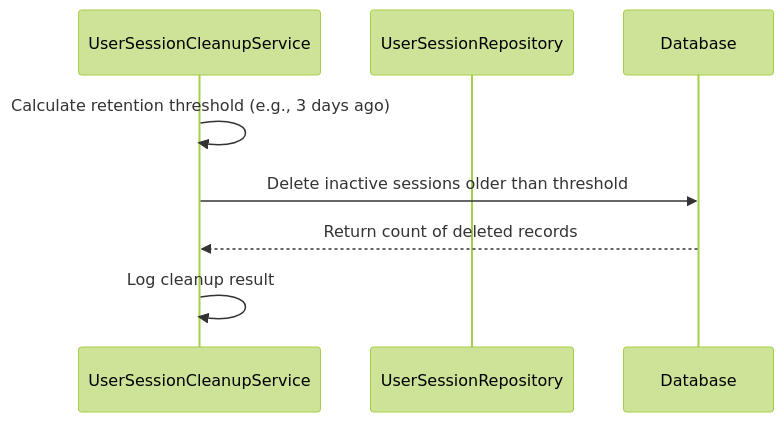
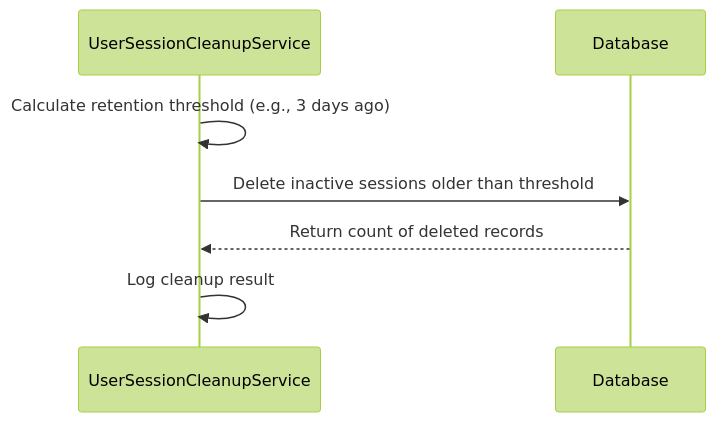
One commit to rsrini7/Notification-SSE-GLM-Flux changed the third of 6 diagrams in docs/10_scheduler_flow.md. Above: the diagram before and after it, drawn with Mermaid (forest theme). The commit also changed 6 other files, not shown here.

````diff
--- a/docs/10_scheduler_flow.md
+++ b/docs/10_scheduler_flow.md
@@ -80,11 +80,10 @@
 ```mermaid
 sequenceDiagram
     participant USCS as UserSessionCleanupService
-    participant USR as UserSessionRepository
     participant DB as Database
 
     USCS->>USCS: Calculate retention threshold (e.g., 3 days ago)
     USCS->>DB: Delete inactive sessions older than threshold
     DB-->>USCS: Return count of deleted records
     USCS->>USCS: Log cleanup result
 ```
````
